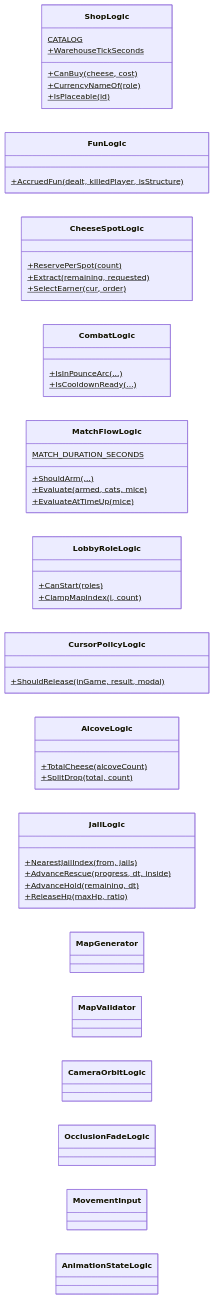
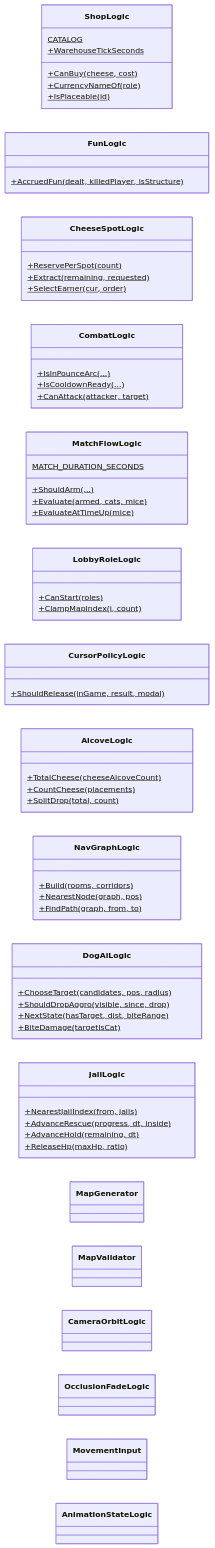
One commit to JeahanPark/The-Cheese-Thief-and-the-Cat changed the ninth of 14 diagrams in CTC/docs/design-vault/코드 다이어그램.md. Above: the diagram before and after it, drawn with Mermaid. The commit also changed other lines of this file and 71 other files, not shown here.

````diff
--- a/CTC/docs/design-vault/코드 다이어그램.md
+++ b/CTC/docs/design-vault/코드 다이어그램.md
@@ -316,52 +370,65 @@
 ```mermaid
 classDiagram
     direction LR
     class ShopLogic {
         CATALOG$
         +CanBuy(cheese, cost)$
         +CurrencyNameOf(role)$
         +IsPlaceable(id)$
         +WarehouseTickSeconds$
     }
     class FunLogic {
         +AccruedFun(dealt, killedPlayer, isStructure)$
     }
     class CheeseSpotLogic {
         +ReservePerSpot(count)$
         +Extract(remaining, requested)$
         +SelectEarner(cur, order)$
     }
     class CombatLogic {
         +IsInPounceArc(...)$
         +IsCooldownReady(...)$
+        +CanAttack(attacker, target)$
     }
     class MatchFlowLogic {
         MATCH_DURATION_SECONDS$
         +ShouldArm(...)$
         +Evaluate(armed, cats, mice)$
         +EvaluateAtTimeUp(mice)$
     }
     class LobbyRoleLogic {
         +CanStart(roles)$
         +ClampMapIndex(i, count)$
     }
     class CursorPolicyLogic {
         +ShouldRelease(inGame, result, modal)$
     }
     class AlcoveLogic {
-        +TotalCheese(alcoveCount)$
+        +TotalCheese(cheeseAlcoveCount)$
+        +CountCheese(placements)$
         +SplitDrop(total, count)$
+    }
+    class NavGraphLogic {
+        +Build(rooms, corridors)$
+        +NearestNode(graph, pos)$
+        +FindPath(graph, from, to)$
+    }
+    class DogAiLogic {
+        +ChooseTarget(candidates, pos, radius)$
+        +ShouldDropAggro(visible, since, drop)$
+        +NextState(hasTarget, dist, biteRange)$
+        +BiteDamage(targetIsCat)$
     }
     class JailLogic {
         +NearestJailIndex(from, jails)$
         +AdvanceRescue(progress, dt, inside)$
         +AdvanceHold(remaining, dt)$
         +ReleaseHp(maxHp, ratio)$
     }
     class MapGenerator
     class MapValidator
     class CameraOrbitLogic
     class OcclusionFadeLogic
     class MovementInput
     class AnimationStateLogic
 ```
````
